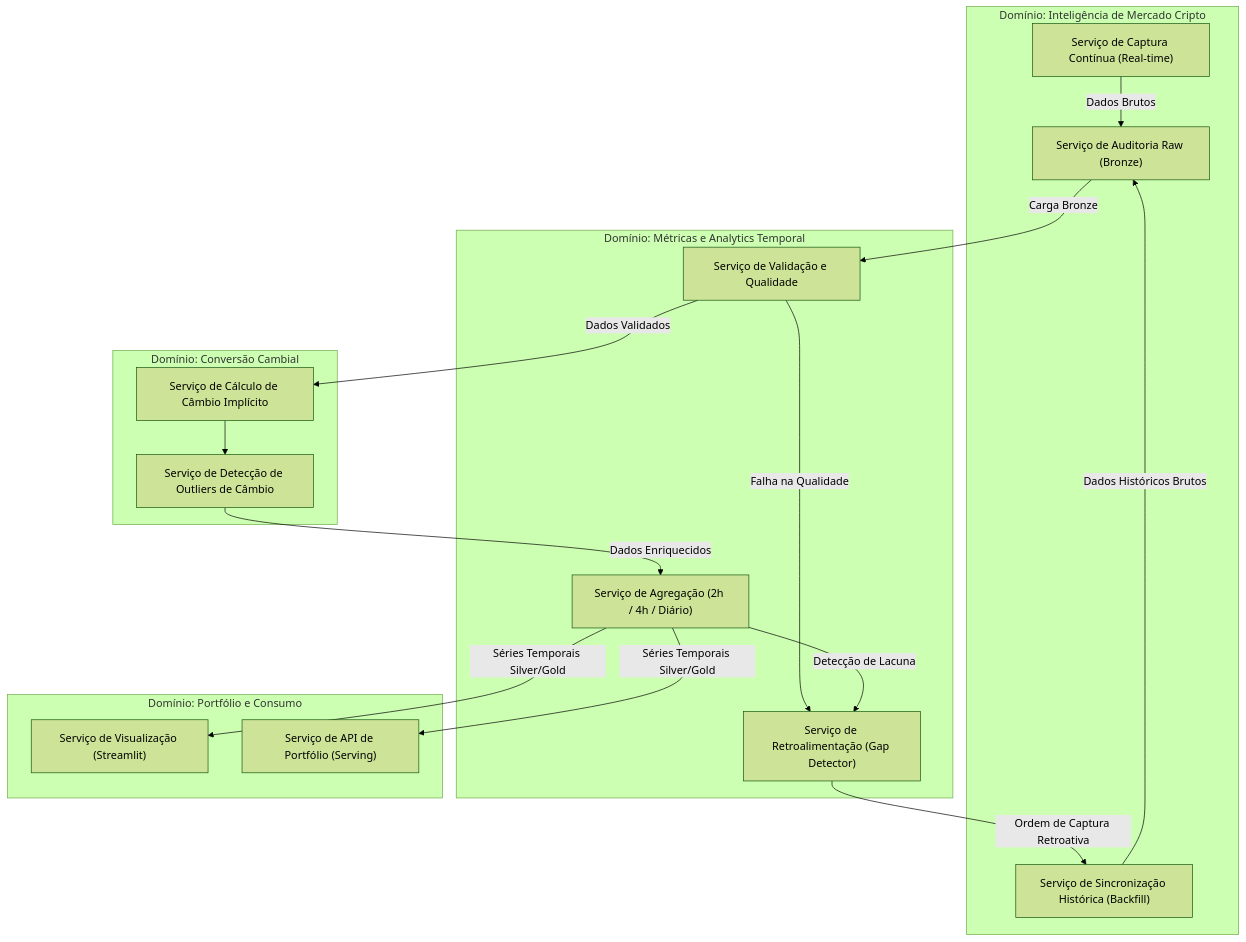
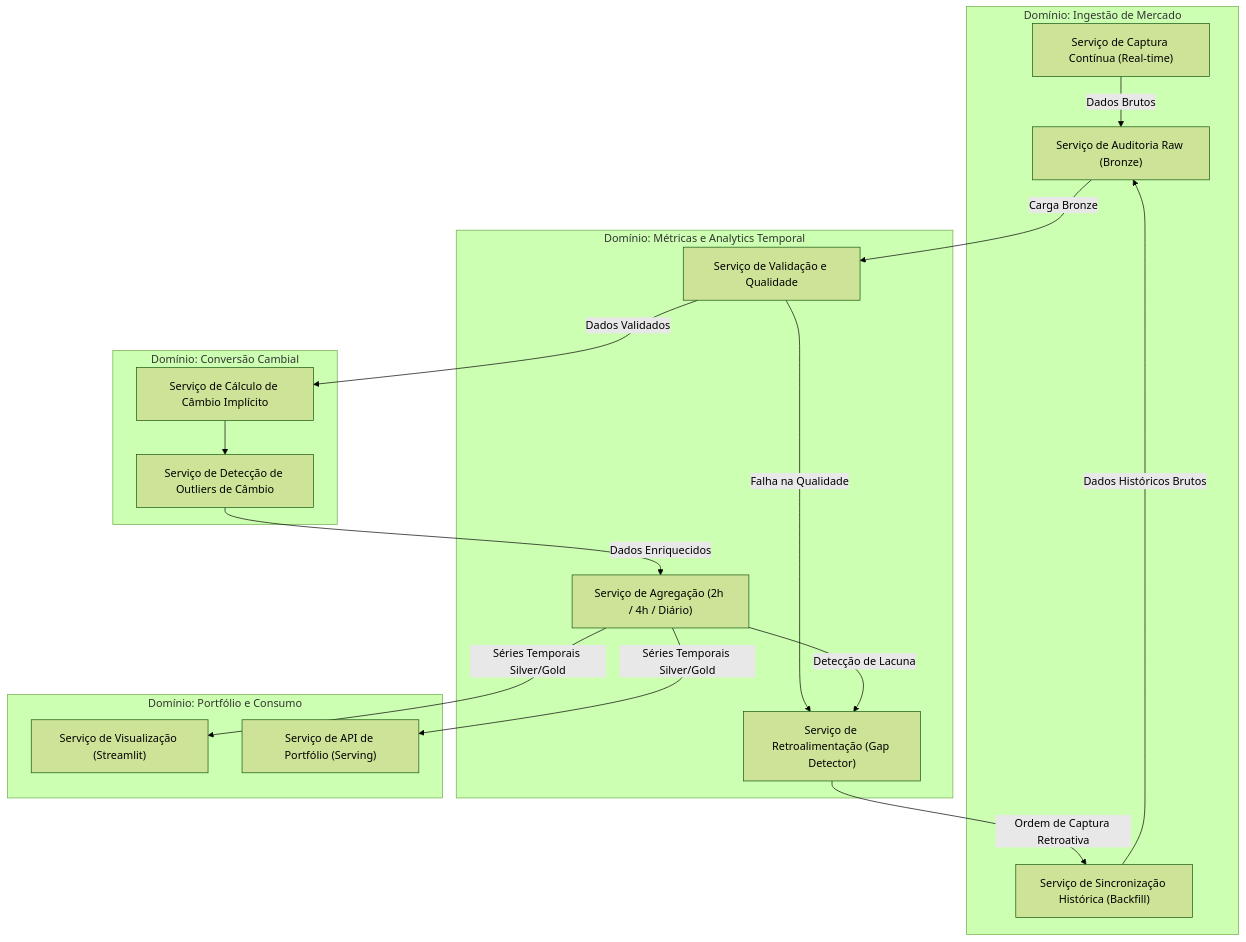
One commit to joaobizzo/btc-data-pipeline changed the diagram in docs/03_dominios.md. Above: the diagram before and after it, drawn with Mermaid (forest theme). The commit also changed other lines of this file and 6 other files, not shown here.

````diff
--- a/docs/03_dominios.md
+++ b/docs/03_dominios.md
@@ -43,41 +43,41 @@
 ```mermaid
 graph TB
-    subgraph DOM_MARKET ["Domínio: Inteligência de Mercado Cripto"]
+    subgraph DOM_MARKET ["Domínio: Ingestão de Mercado"]
         S1["Serviço de Captura Contínua (Real-time)"]
         S2["Serviço de Sincronização Histórica (Backfill)"]
         S3["Serviço de Auditoria Raw (Bronze)"]
     end
 
     subgraph DOM_FOREX ["Domínio: Conversão Cambial"]
         F1["Serviço de Cálculo de Câmbio Implícito"]
         F2["Serviço de Detecção de Outliers de Câmbio"]
     end
 
     subgraph DOM_ANALYTICS ["Domínio: Métricas e Analytics Temporal"]
         T1["Serviço de Validação e Qualidade"]
         T2["Serviço de Agregação (2h / 4h / Diário)"]
         T3["Serviço de Retroalimentação (Gap Detector)"]
     end
 
     subgraph DOM_CONSUMO ["Domínio: Portfólio e Consumo"]
         C1["Serviço de Visualização (Streamlit)"]
         C2["Serviço de API de Portfólio (Serving)"]
     end
 
     %% Relações e Fluxos de Informação entre Domínios
     S1 -->|Dados Brutos| S3
     S2 -->|Dados Históricos Brutos| S3
     
     S3 -->|Carga Bronze| T1
     T1 -->|Dados Validados| F1
     T1 -->|Falha na Qualidade| T3
     
     F1 --> F2
     F2 -->|Dados Enriquecidos| T2
     
     T2 -->|Séries Temporais Silver/Gold| C1
     T2 -->|Séries Temporais Silver/Gold| C2
     
     T2 -->|Detecção de Lacuna| T3
     T3 -->|Ordem de Captura Retroativa| S2
 ```
````
